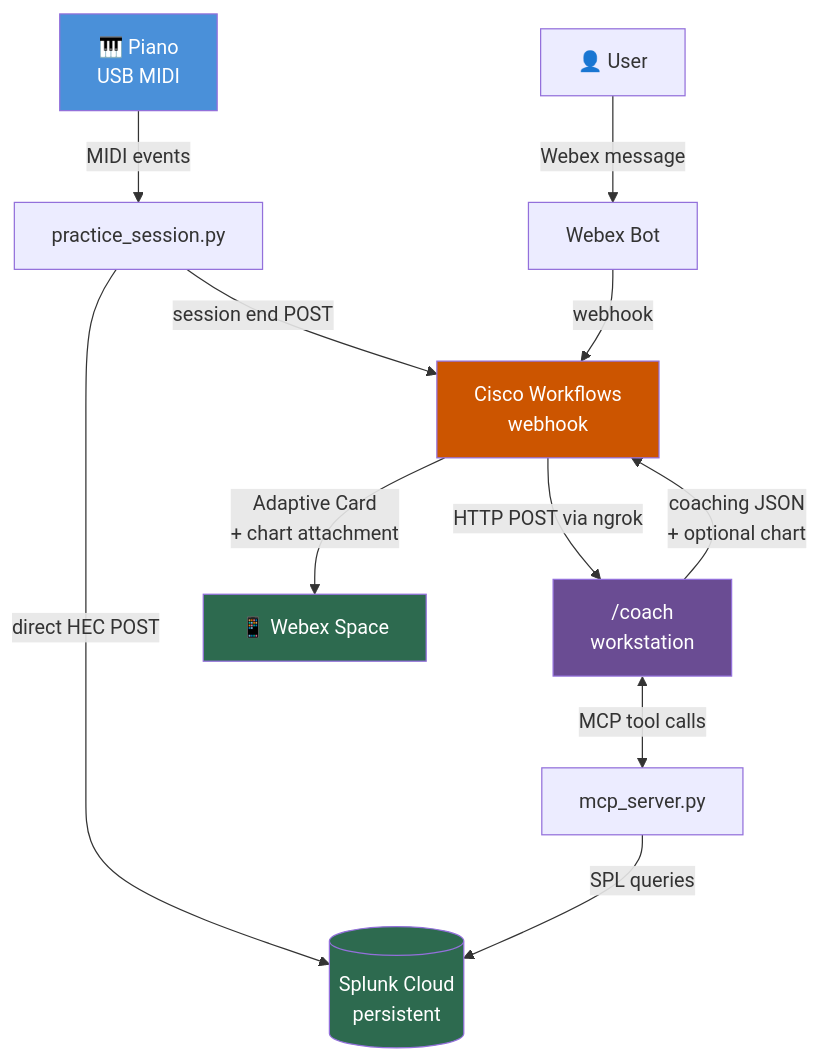
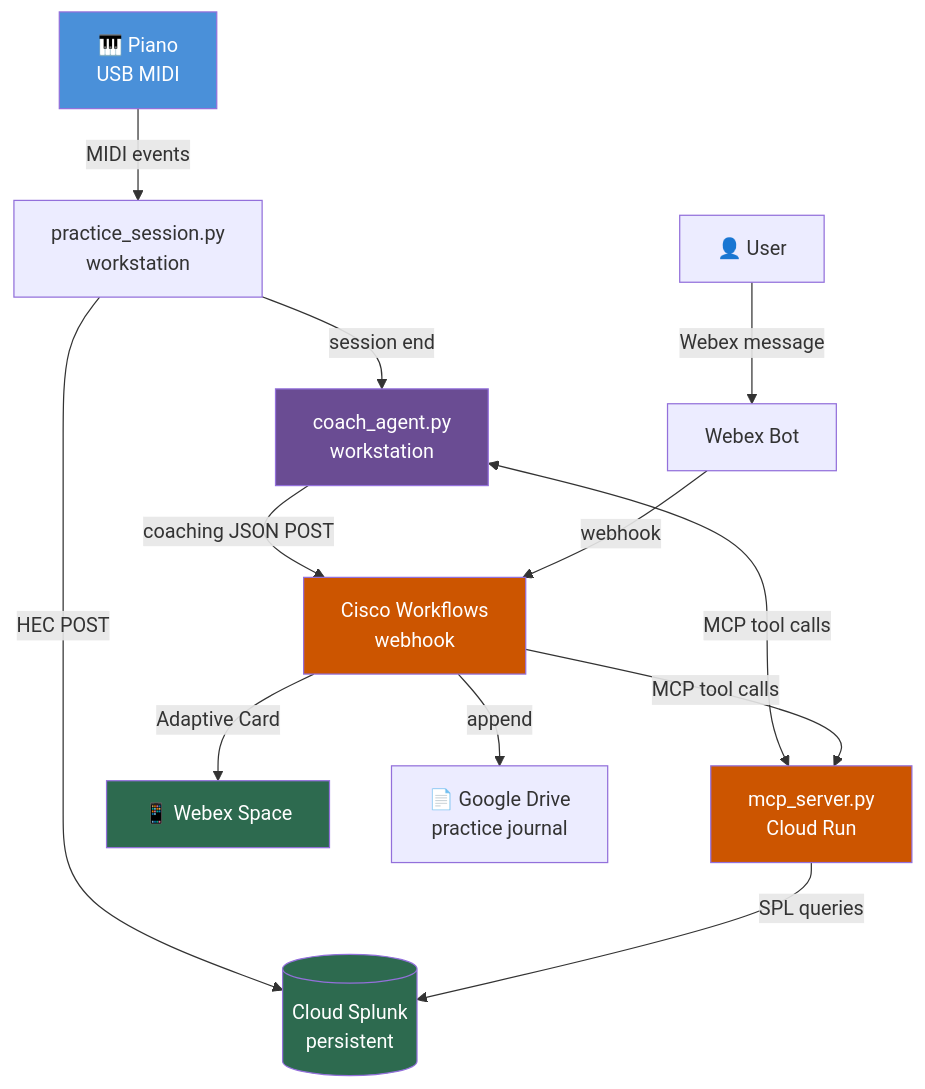
The third of 3 diagrams in plan/implementation_plan.md (jpbartin77/ai-music-project), drawn with Mermaid before and after one commit. The commit also changed other lines of this file and 12 other files, not shown here.

````diff
--- a/plan/implementation_plan.md
+++ b/plan/implementation_plan.md
@@ -51,22 +183,22 @@
 ```mermaid
 flowchart TD
-    A["🎹 Piano\nUSB MIDI"] -->|MIDI events| B["practice_session.py"]
-    B -->|direct HEC POST| F[("Splunk Cloud\npersistent")]
-    B -->|session end POST| WF["Cisco Workflows\nwebhook"]
+    A["🎹 Piano<br/>USB MIDI"] -->|MIDI events| B["practice_session.py<br/>workstation"]
+    B -->|HEC POST| F[("Cloud Splunk<br/>persistent")]
+    B -->|session end| C["coach_agent.py<br/>workstation"]
+    C <-->|MCP tool calls| J["mcp_server.py<br/>Cloud Run"]
+    J -->|SPL queries| F
+    C -->|coaching JSON POST| WF["Cisco Workflows<br/>webhook"]
+    WF -->|Adaptive Card| M["📱 Webex Space"]
+    WF -->|append| GD["📄 Google Drive<br/>practice journal"]
 
     U["👤 User"] -->|Webex message| WB["Webex Bot"]
     WB -->|webhook| WF
-
-    WF -->|HTTP POST via ngrok| C["/coach\nworkstation"]
-    C <-->|MCP tool calls| J["mcp_server.py"]
-    J -->|SPL queries| F
-
-    C -->|coaching JSON\n+ optional chart| WF
-    WF -->|Adaptive Card\n+ chart attachment| M["📱 Webex Space"]
+    WF -->|MCP tool calls| J
 
     style A fill:#4a90d9,color:#fff
     style F fill:#2d6a4f,color:#fff
     style C fill:#6a4c93,color:#fff
+    style J fill:#cc5500,color:#fff
     style WF fill:#cc5500,color:#fff
     style M fill:#2d6a4f,color:#fff
 ```
````
